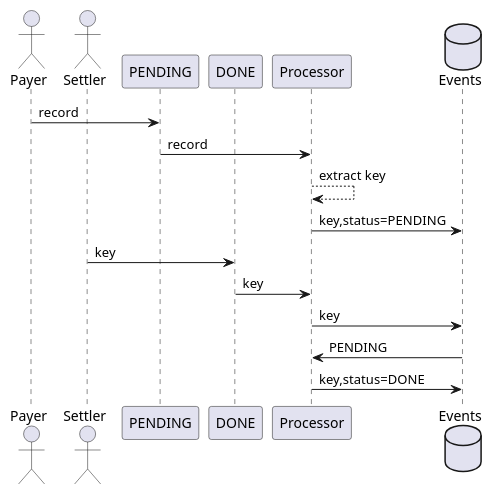
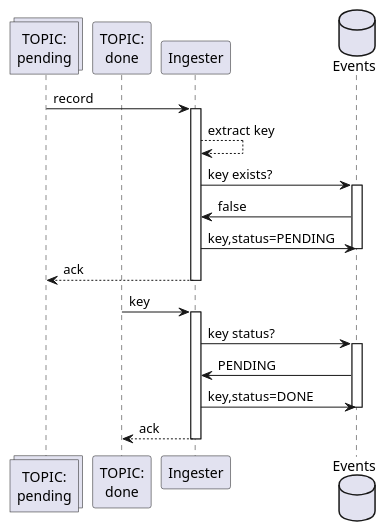
Before and after one commit to dsyer/qosplay: the second of 2 diagrams in README.adoc, drawn with PlantUML. The commit also changed other lines of this file, not shown here.

```diff
--- a/README.adoc
+++ b/README.adoc
@@ -13,18 +86,26 @@
 [plantuml]
 ....
-actor Payer
-actor Settler
-participant PENDING
-participant DONE
-participant Processor
+collections PENDING as "TOPIC:\npending"
+participant DONE as "TOPIC:\ndone"
+participant Ingester
 database Events
-Payer -> PENDING: record
-PENDING -> Processor: record
-Processor --> Processor: extract key
-Processor -> Events: key,status=PENDING
-Settler -> DONE: key
-DONE -> Processor: key
-Processor -> Events: key
-Events -> Processor: PENDING
-Processor -> Events: key,status=DONE 
+PENDING -> Ingester: record
+activate Ingester
+Ingester --> Ingester: extract key
+Ingester -> Events: key exists?
+activate Events
+Events -> Ingester: false
+Ingester -> Events: key,status=PENDING
+deactivate Events
+Ingester --> PENDING: ack
+deactivate Ingester
+DONE -> Ingester: key
+activate Ingester
+Ingester -> Events: key status?
+activate Events
+Events -> Ingester: PENDING
+Ingester -> Events: key,status=DONE
+deactivate Events
+Ingester --> DONE: ack
+deactivate Ingester
 ....
```
